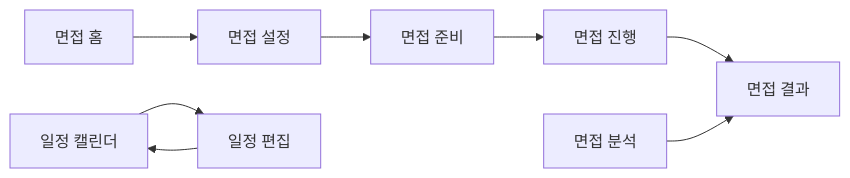
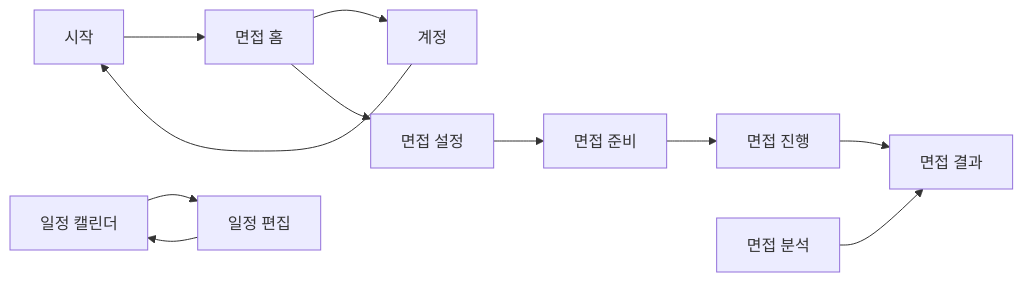
The diagram in docs/ui-design/SITE_MAP.md (znak99/JEC-FirstStepToCareer), drawn with Mermaid before and after one commit. The commit also changed other lines of this file and 6 other files, not shown here.

````diff
--- a/docs/ui-design/SITE_MAP.md
+++ b/docs/ui-design/SITE_MAP.md
@@ -33,6 +39,8 @@
 ```mermaid
 flowchart LR
-  S01[면접 홈] --> S02[면접 설정] --> S03[면접 준비] --> S04[면접 진행] --> S05[면접 결과]
+  S00[시작] --> S01[면접 홈]
+  S01 --> S09[계정] --> S00
+  S01 --> S02[면접 설정] --> S03[면접 준비] --> S04[면접 진행] --> S05[면접 결과]
   S06[일정 캘린더] --> S07[일정 편집] --> S06
   S08[면접 분석] --> S05
 ```
````
